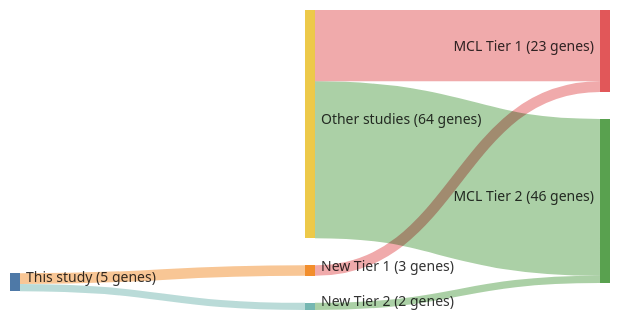
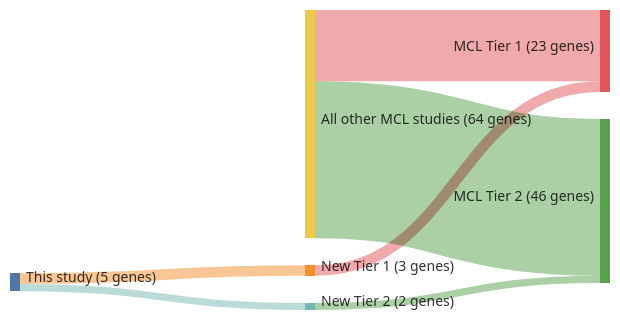
One commit to morinlab/lymphopedia changed the diagram in papers/nadeuGenomicEpigenomicInsights2020b.md. Above: the diagram before and after it, drawn with Mermaid. The commit also changed 82 other files, not shown here.

````diff
--- a/papers/nadeuGenomicEpigenomicInsights2020b.md
+++ b/papers/nadeuGenomicEpigenomicInsights2020b.md
@@ -12,20 +12,20 @@
 ```mermaid
 ---
 config:
     sankey:
         showValues: true
         linkColor: target
         width: 600
         height: 300
         nodeAlignment: right
         prefix: '('
         suffix: ' genes)'
 ---
 sankey-beta
 This study, New Tier 1, 3
 New Tier 1, MCL Tier 1, 3
 This study, New Tier 2, 2
 New Tier 2, MCL Tier 2, 2
-Other studies, MCL Tier 1, 20
-Other studies, MCL Tier 2, 44
+All other MCL studies, MCL Tier 1, 20
+All other MCL studies, MCL Tier 2, 44
 ```
````
